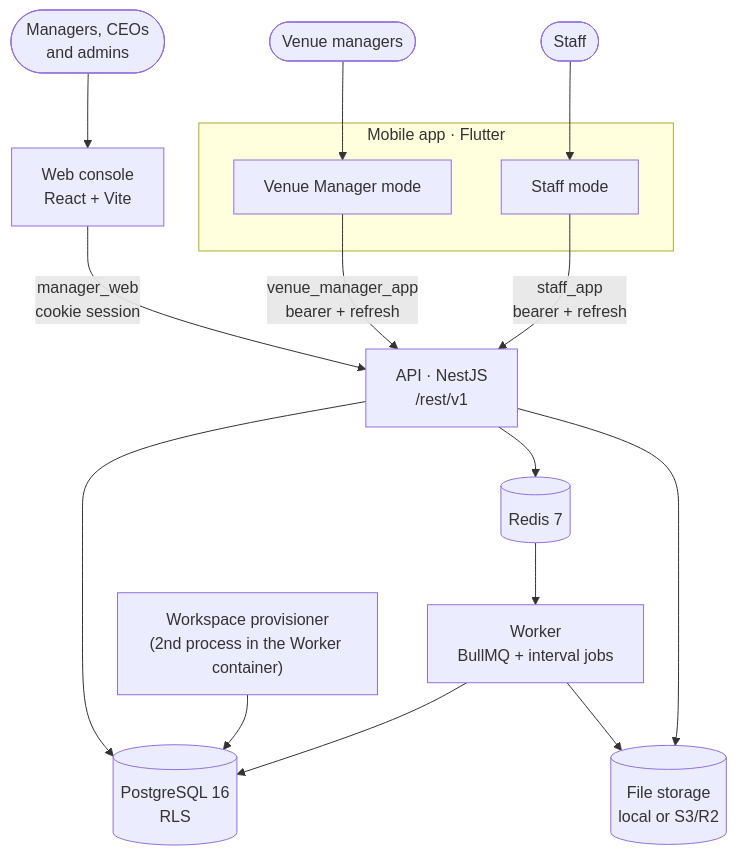
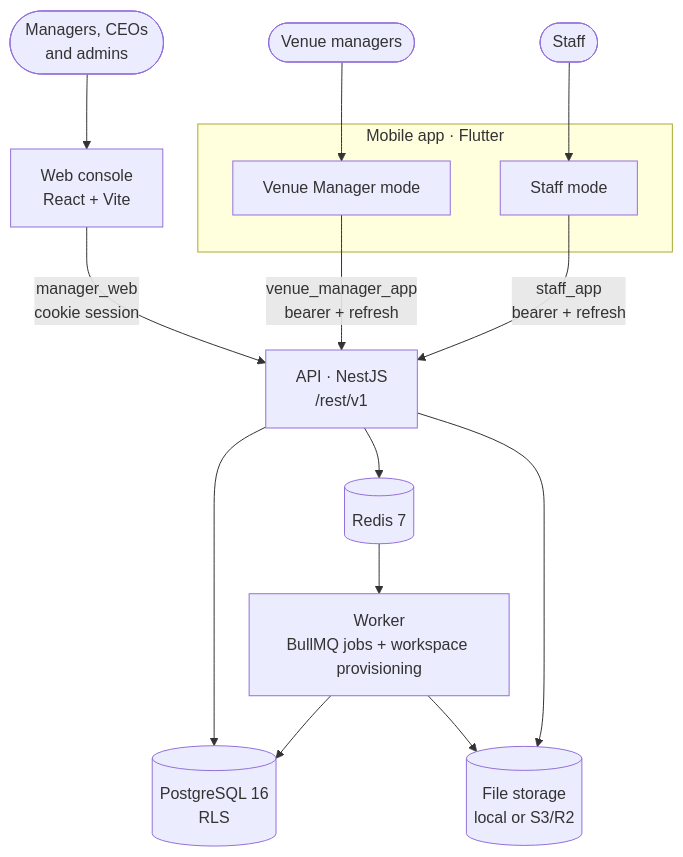
One commit to Rabblo06/rab-recurit changed the diagram in packages/rab-docs/developers/introduction.mdx. Above: the diagram before and after it, drawn with Mermaid. The commit also changed other lines of this file and 15 other files, not shown here.

````diff
--- a/packages/rab-docs/developers/introduction.mdx
+++ b/packages/rab-docs/developers/introduction.mdx
@@ -9,25 +9,24 @@
 ```mermaid
 flowchart TB
     managers(["Managers, CEOs<br/>and admins"])
     venueManagers(["Venue managers"])
     staff(["Staff"])
     web["Web console<br/>React + Vite"]
     subgraph mobileApp ["Mobile app · Flutter"]
         vmMode["Venue Manager mode"]
         staffMode["Staff mode"]
     end
     managers --> web
     venueManagers --> vmMode
     staff --> staffMode
     web -- "manager_web<br/>cookie session" --> api
     vmMode -- "venue_manager_app<br/>bearer + refresh" --> api
     staffMode -- "staff_app<br/>bearer + refresh" --> api
     api["API · NestJS<br/>/rest/v1"]
     api --> pg[("PostgreSQL 16<br/>RLS")]
     api --> redis[("Redis 7")]
-    redis --> worker["Worker<br/>BullMQ + interval jobs"]
+    redis --> worker["Worker<br/>BullMQ jobs + workspace provisioning"]
     worker --> pg
-    provisioner["Workspace provisioner<br/>(2nd process in the Worker container)"] --> pg
     api --> files[("File storage<br/>local or S3/R2")]
     worker --> files
 ```
````
